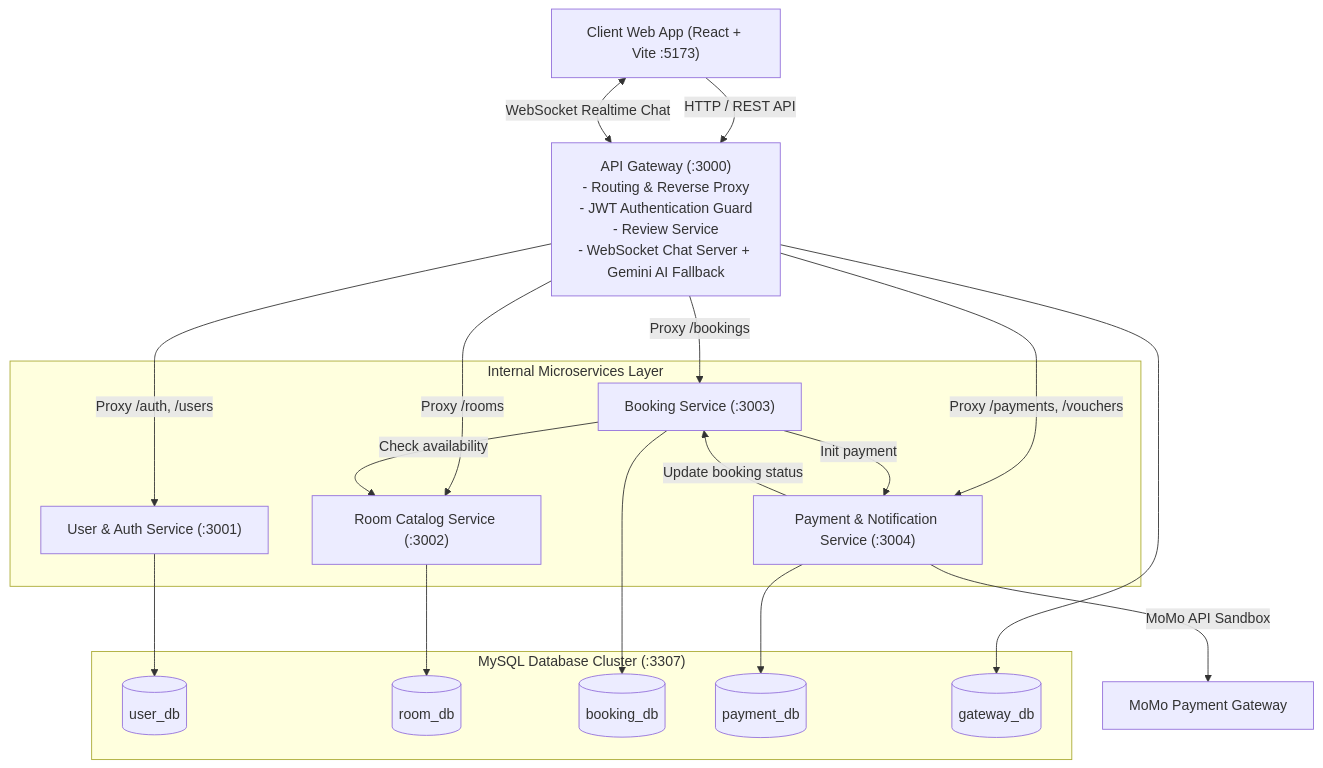
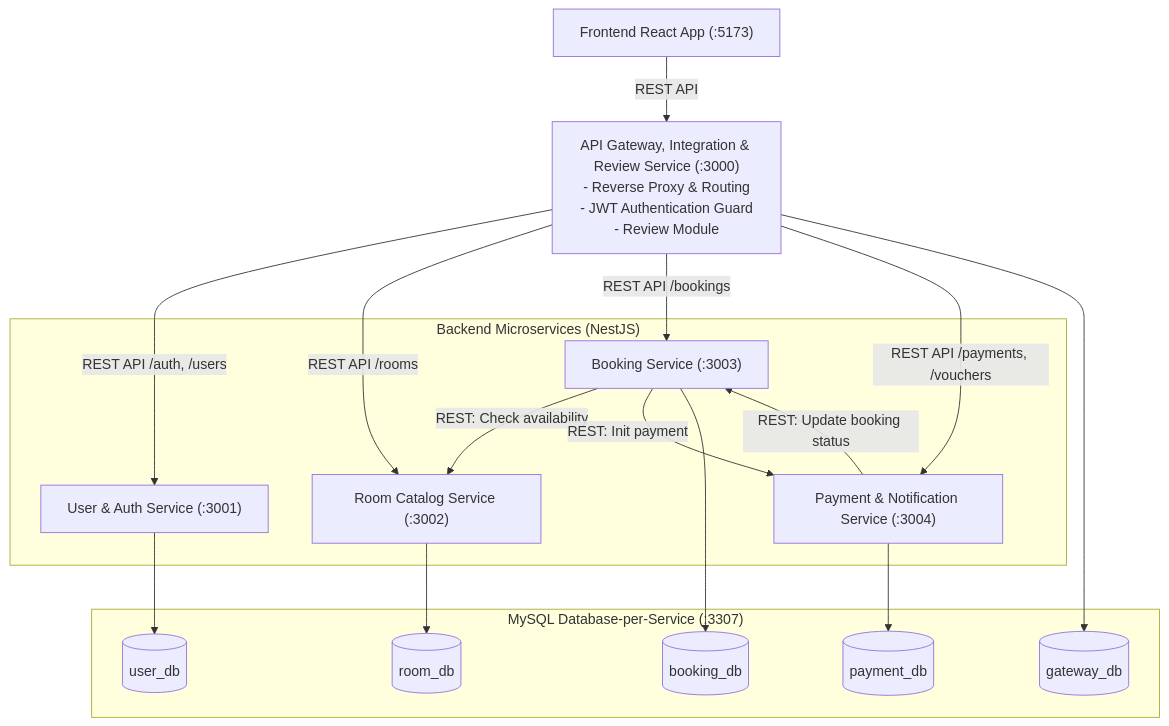
Before and after one commit to k5phong0311-sketch/booking_hotel-microservices: the diagram in README.md, drawn with Mermaid. The commit also changed other lines of this file and 45 other files, not shown here.

````diff
--- a/README.md
+++ b/README.md
@@ -93,39 +86,37 @@
 ```mermaid
 flowchart TD
-    Client["Client Web App (React + Vite :5173)"]
-    Gateway["API Gateway (:3000)\n- Routing & Reverse Proxy\n- JWT Authentication Guard\n- Review Service\n- WebSocket Chat Server + Gemini AI Fallback"]
+    Client["Frontend React App (:5173)"]
+    Gateway["API Gateway, Integration & Review Service (:3000)\n- Reverse Proxy & Routing\n- JWT Authentication Guard\n- Review Module"]
 
-    subgraph Internal_Microservices ["Internal Microservices Layer"]
+    subgraph Microservices ["Backend Microservices (NestJS)"]
         UserSvc["User & Auth Service (:3001)"]
         RoomSvc["Room Catalog Service (:3002)"]
         BookingSvc["Booking Service (:3003)"]
         PaymentSvc["Payment & Notification Service (:3004)"]
     end
 
-    subgraph Database_Cluster ["MySQL Database Cluster (:3307)"]
+    subgraph Databases ["MySQL Database-per-Service (:3307)"]
+        DB_Gateway[("gateway_db")]
         DB_User[("user_db")]
         DB_Room[("room_db")]
         DB_Booking[("booking_db")]
         DB_Payment[("payment_db")]
-        DB_Gateway[("gateway_db")]
     end
 
-    Client -->|HTTP / REST API| Gateway
-    Client <-->|WebSocket Realtime Chat| Gateway
+    Client -->|REST API| Gateway
 
-    Gateway -->|Proxy /auth, /users| UserSvc
-    Gateway -->|Proxy /rooms| RoomSvc
-    Gateway -->|Proxy /bookings| BookingSvc
-    Gateway -->|Proxy /payments, /vouchers| PaymentSvc
+    Gateway -->|REST API /auth, /users| UserSvc
+    Gateway -->|REST API /rooms| RoomSvc
+    Gateway -->|REST API /bookings| BookingSvc
+    Gateway -->|REST API /payments, /vouchers| PaymentSvc
 
-    BookingSvc -->|Check availability| RoomSvc
-    BookingSvc -->|Init payment| PaymentSvc
-    PaymentSvc -->|Update booking status| BookingSvc
-    PaymentSvc -->|MoMo API Sandbox| MoMoGateway["MoMo Payment Gateway"]
+    BookingSvc -->|REST: Check availability| RoomSvc
+    BookingSvc -->|REST: Init payment| PaymentSvc
+    PaymentSvc -->|REST: Update booking status| BookingSvc
 
+    Gateway --> DB_Gateway
     UserSvc --> DB_User
     RoomSvc --> DB_Room
     BookingSvc --> DB_Booking
     PaymentSvc --> DB_Payment
-    Gateway --> DB_Gateway
 ```
````
